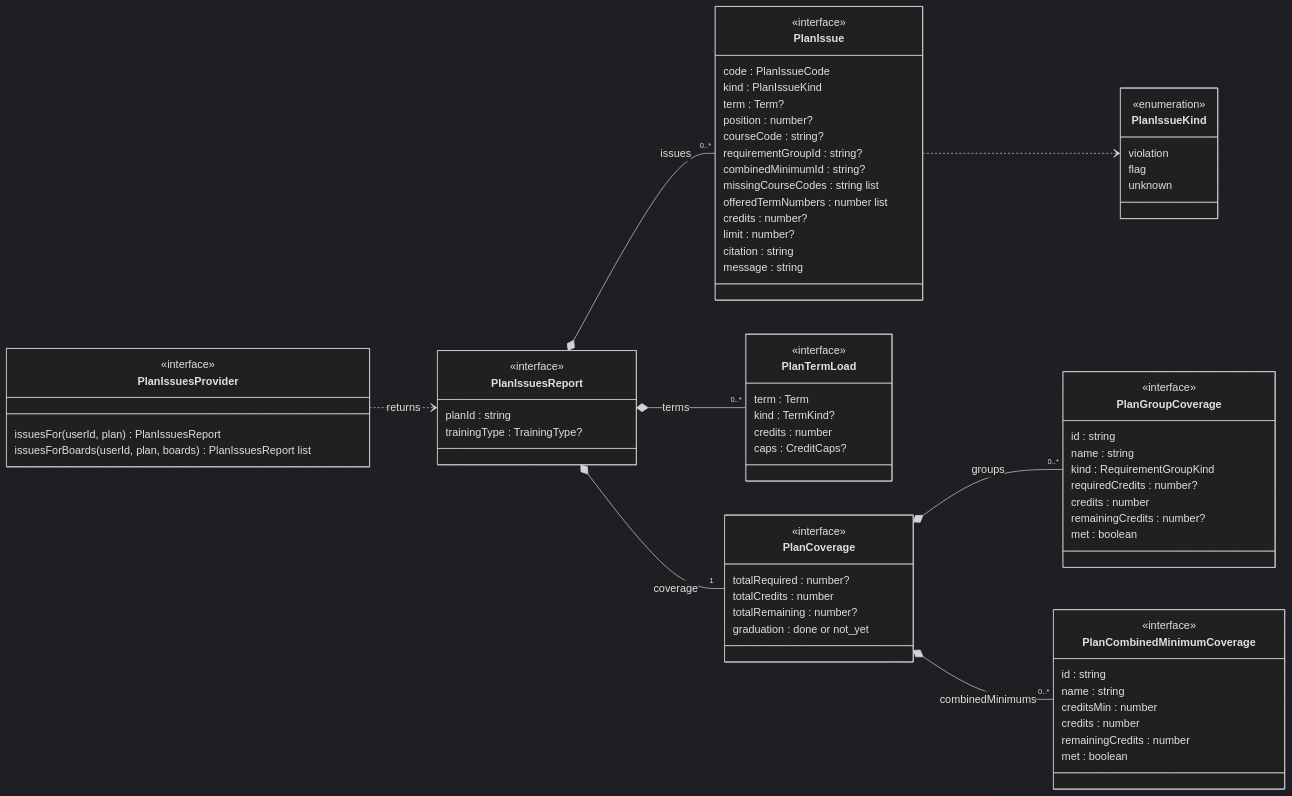
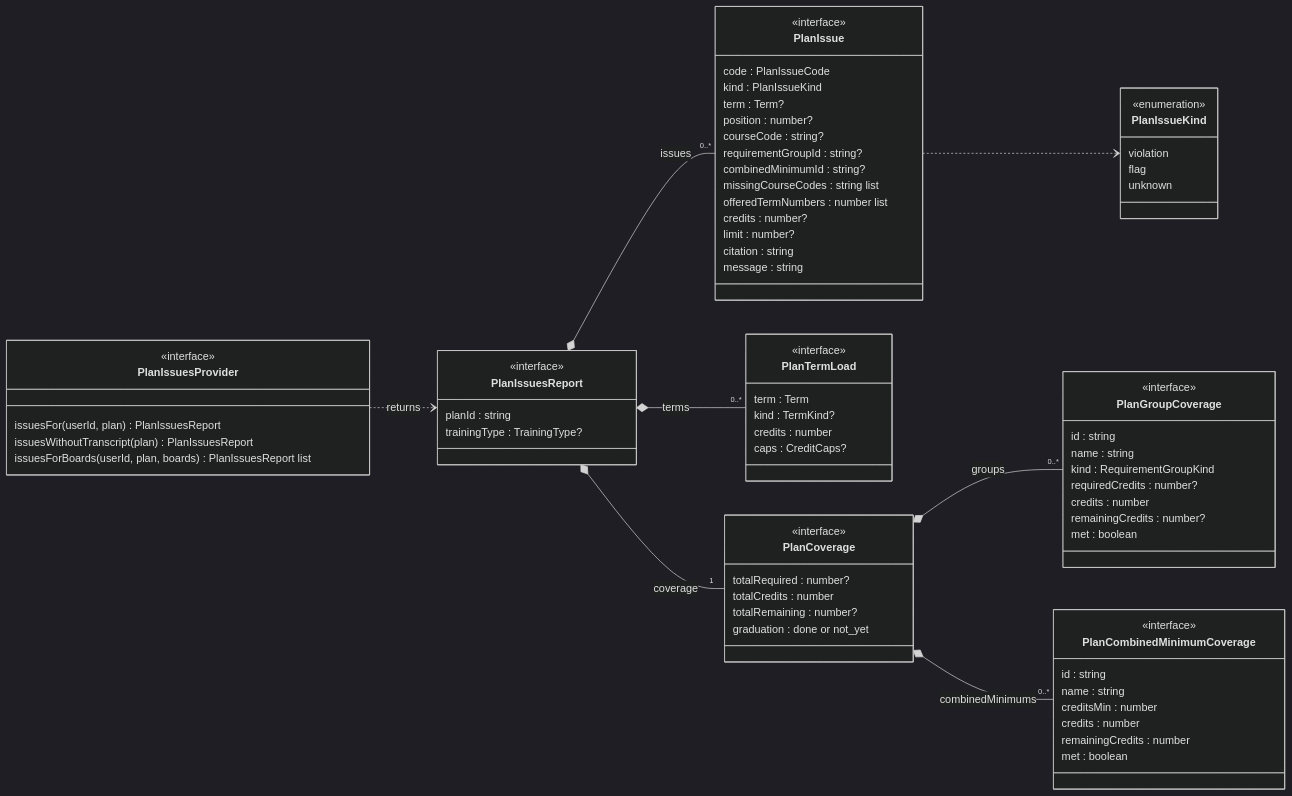
The ninth of 15 diagrams in docs/analysis-and-design/class-model.md (LLaammTTeerr/omnicourses), drawn with Mermaid (dark theme) before and after one commit. The commit also changed other lines of this file and 6 other files, not shown here.

````diff
--- a/docs/analysis-and-design/class-model.md
+++ b/docs/analysis-and-design/class-model.md
@@ -641,76 +641,77 @@
 ```mermaid
 classDiagram
     direction LR
     class PlanIssuesProvider {
         <<interface>>
         issuesFor(userId, plan) PlanIssuesReport
+        issuesWithoutTranscript(plan) PlanIssuesReport
         issuesForBoards(userId, plan, boards) PlanIssuesReport list
     }
     class PlanIssuesReport {
         <<interface>>
         planId : string
         trainingType : TrainingType?
     }
     class PlanIssue {
         <<interface>>
         code : PlanIssueCode
         kind : PlanIssueKind
         term : Term?
         position : number?
         courseCode : string?
         requirementGroupId : string?
         combinedMinimumId : string?
         missingCourseCodes : string list
         offeredTermNumbers : number list
         credits : number?
         limit : number?
         citation : string
         message : string
     }
     class PlanIssueKind {
         <<enumeration>>
         violation
         flag
         unknown
     }
     class PlanTermLoad {
         <<interface>>
         term : Term
         kind : TermKind?
         credits : number
         caps : CreditCaps?
     }
     class PlanCoverage {
         <<interface>>
         totalRequired : number?
         totalCredits : number
         totalRemaining : number?
         graduation : done or not_yet
     }
     class PlanGroupCoverage {
         <<interface>>
         id : string
         name : string
         kind : RequirementGroupKind
         requiredCredits : number?
         credits : number
         remainingCredits : number?
         met : boolean
     }
     class PlanCombinedMinimumCoverage {
         <<interface>>
         id : string
         name : string
         creditsMin : number
         credits : number
         remainingCredits : number
         met : boolean
     }
     PlanIssuesProvider ..> PlanIssuesReport : returns
     PlanIssuesReport *-- "0..*" PlanTermLoad : terms
     PlanIssuesReport *-- "0..*" PlanIssue : issues
     PlanIssuesReport *-- "1" PlanCoverage : coverage
     PlanCoverage *-- "0..*" PlanGroupCoverage : groups
     PlanCoverage *-- "0..*" PlanCombinedMinimumCoverage : combinedMinimums
     PlanIssue ..> PlanIssueKind
 ```
````
